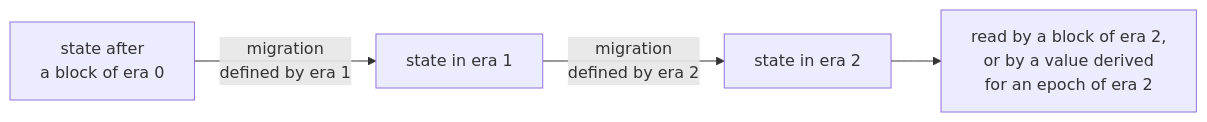
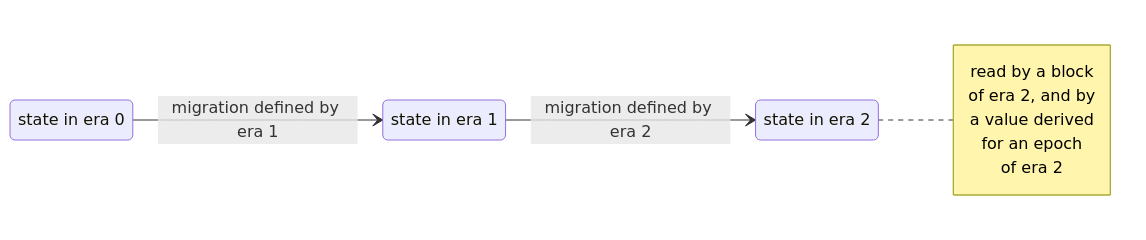
Before and after one commit to logos-co/logos-lips: the seventh of 8 diagrams in docs/blockchain/raw/bedrock-eras.md, drawn with Mermaid. The commit also changed other lines of this file, not shown here.

Commit message:
docs(blockchain): pick a diagram type per era diagram by what it shows

````diff
--- a/docs/blockchain/raw/bedrock-eras.md
+++ b/docs/blockchain/raw/bedrock-eras.md
@@ -187,11 +203,16 @@
 ```mermaid
----
-config:
-  flowchart:
-    wrappingWidth: 260
----
-flowchart LR
-    p["state after<br/>a block of era 0"] -- "migration<br/>defined by era 1" --> m1["state in era 1"]
-    m1 -- "migration<br/>defined by era 2" --> m2["state in era 2"]
-    m2 --> r["read by a block of era 2,<br/>or by a value derived<br/>for an epoch of era 2"]
+stateDiagram-v2
+    direction LR
+    s0: state in era 0
+    s1: state in era 1
+    s2: state in era 2
+    s0 --> s1: migration defined by era 1
+    s1 --> s2: migration defined by era 2
+    note right of s2
+        read by a block
+        of era 2, and by
+        a value derived
+        for an epoch
+        of era 2
+    end note
 ```
````
